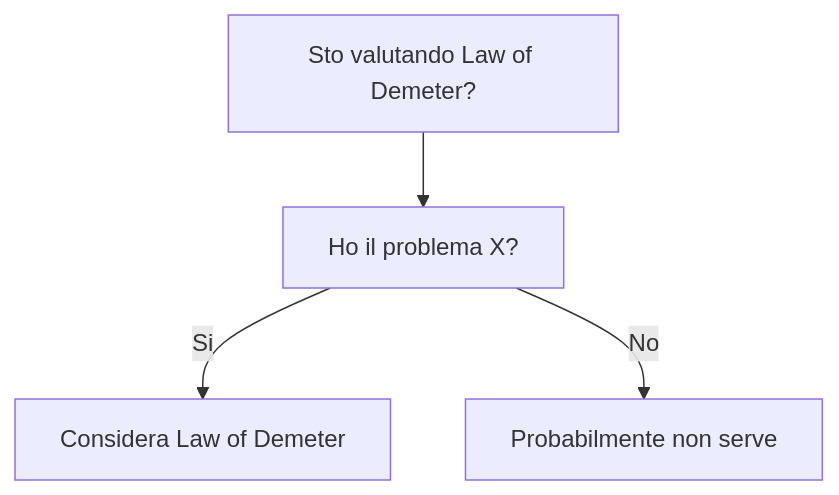
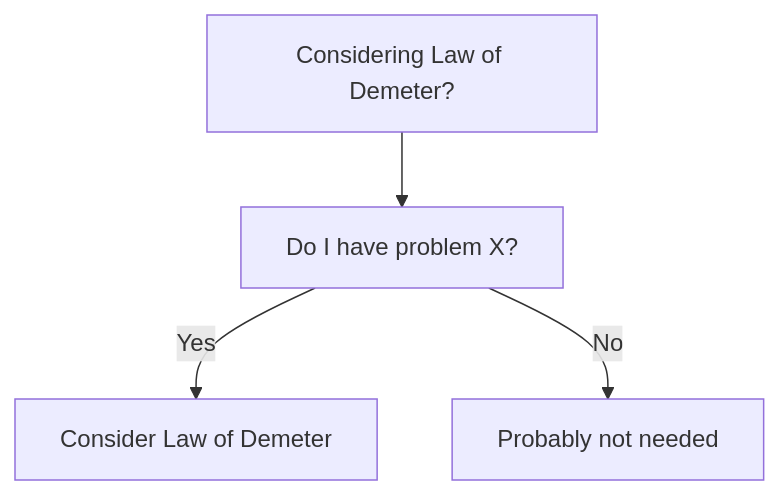
One commit to HxT9/Software-Dev-Wiki changed the diagram in dev-wiki/01_Foundations/Law_of_Demeter/When_To_Use.md. Above: the diagram before and after it, drawn with Mermaid. The commit also changed other lines of this file and 3444 other files, not shown here.

````diff
--- a/dev-wiki/01_Foundations/Law_of_Demeter/When_To_Use.md
+++ b/dev-wiki/01_Foundations/Law_of_Demeter/When_To_Use.md
@@ -19,6 +19,6 @@
 ```mermaid
 flowchart TD
-  Q[Sto valutando Law of Demeter?] --> Q1[Ho il problema X?]
-  Q1 -->|Si| OK[Considera Law of Demeter]
-  Q1 -->|No| NO[Probabilmente non serve]
+  Q[Considering Law of Demeter?] --> Q1[Do I have problem X?]
+  Q1 -->|Yes| OK[Consider Law of Demeter]
+  Q1 -->|No| NO[Probably not needed]
 ```
````
